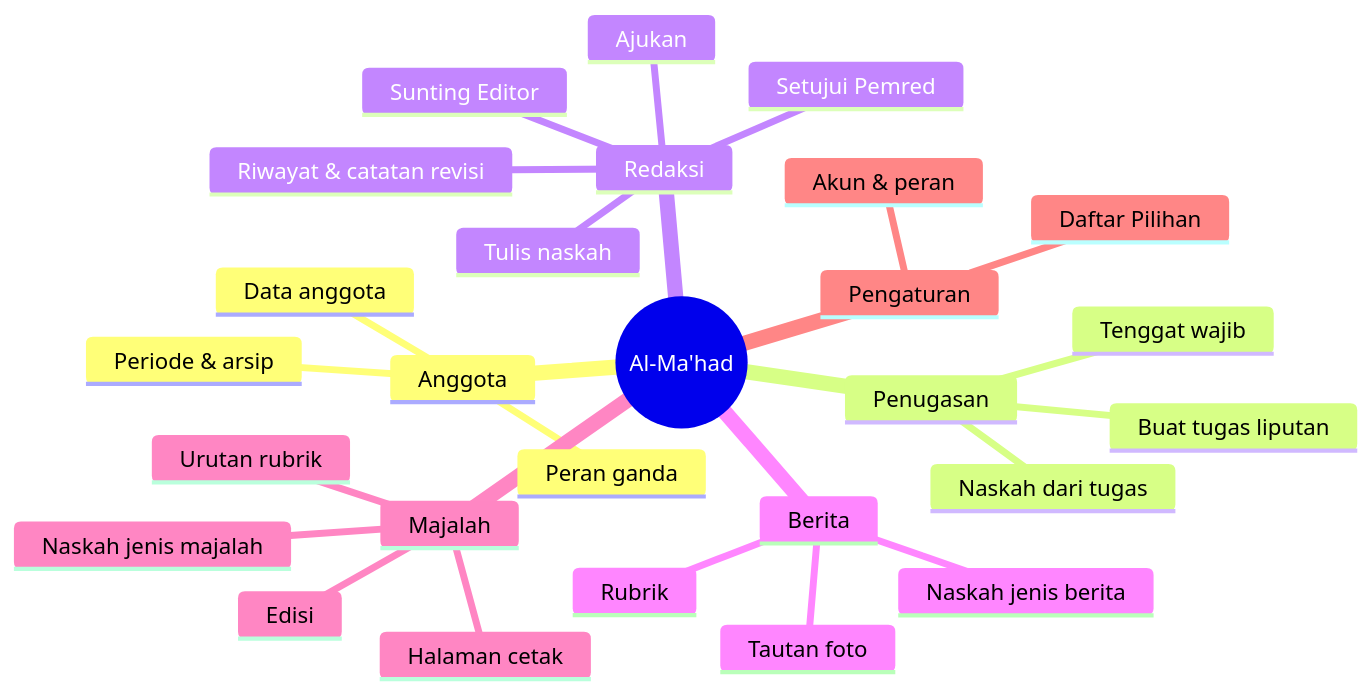
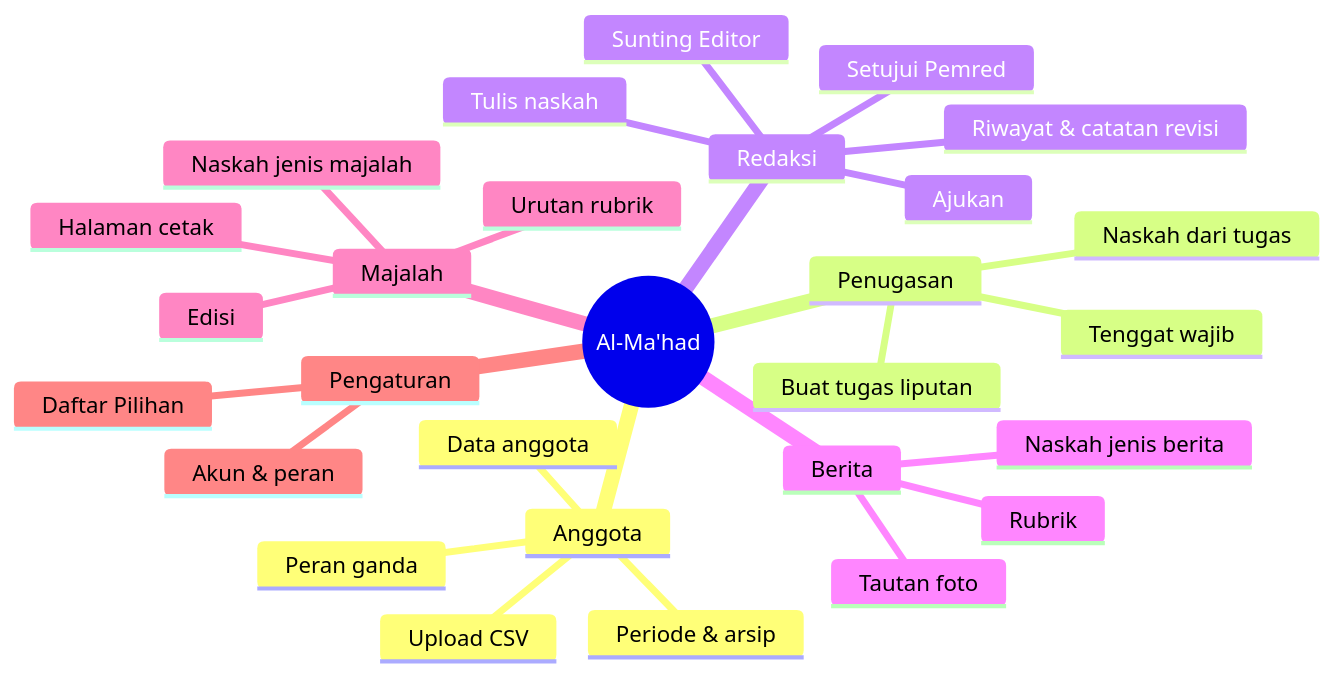
One commit to Peelutk/almahad changed the first of 4 diagrams in DESAIN.md. Above: the diagram before and after it, drawn with Mermaid. The commit also changed other lines of this file and 10 other files, not shown here.

First line of the commit message:
Upload CSV anggota (NIS, Nama, Kelas) dengan pratinjau; email otomatis NIS@domain; password awal tanpa hash

````diff
--- a/DESAIN.md
+++ b/DESAIN.md
@@ -70,30 +74,31 @@
 ```mermaid
 mindmap
   root((Al-Ma'had))
     Anggota
       Data anggota
+      Upload CSV
       Peran ganda
       Periode & arsip
     Penugasan
       Buat tugas liputan
       Tenggat wajib
       Naskah dari tugas
     Redaksi
       Tulis naskah
       Ajukan
       Sunting Editor
       Setujui Pemred
       Riwayat & catatan revisi
     Berita
       Naskah jenis berita
       Rubrik
       Tautan foto
     Majalah
       Edisi
       Naskah jenis majalah
       Urutan rubrik
       Halaman cetak
     Pengaturan
       Akun & peran
       Daftar Pilihan
 ```
````
